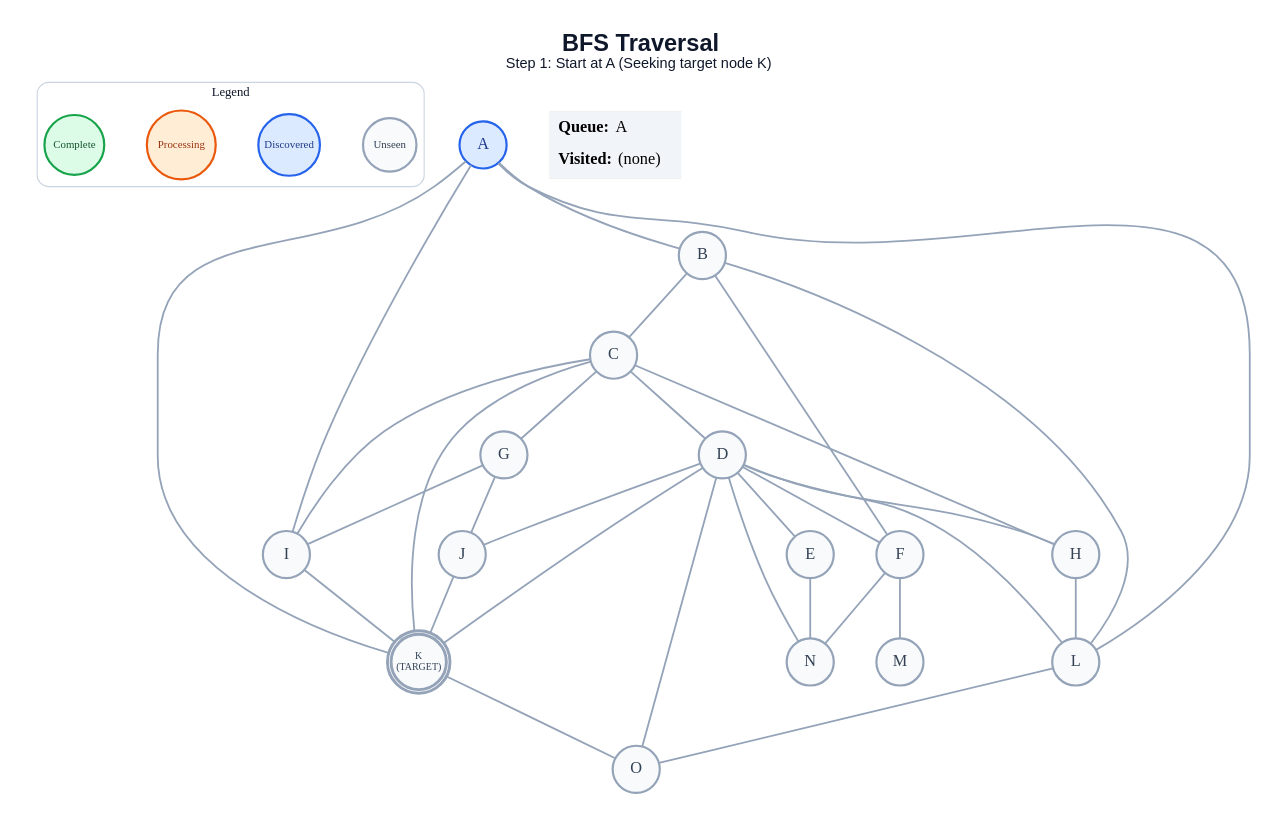
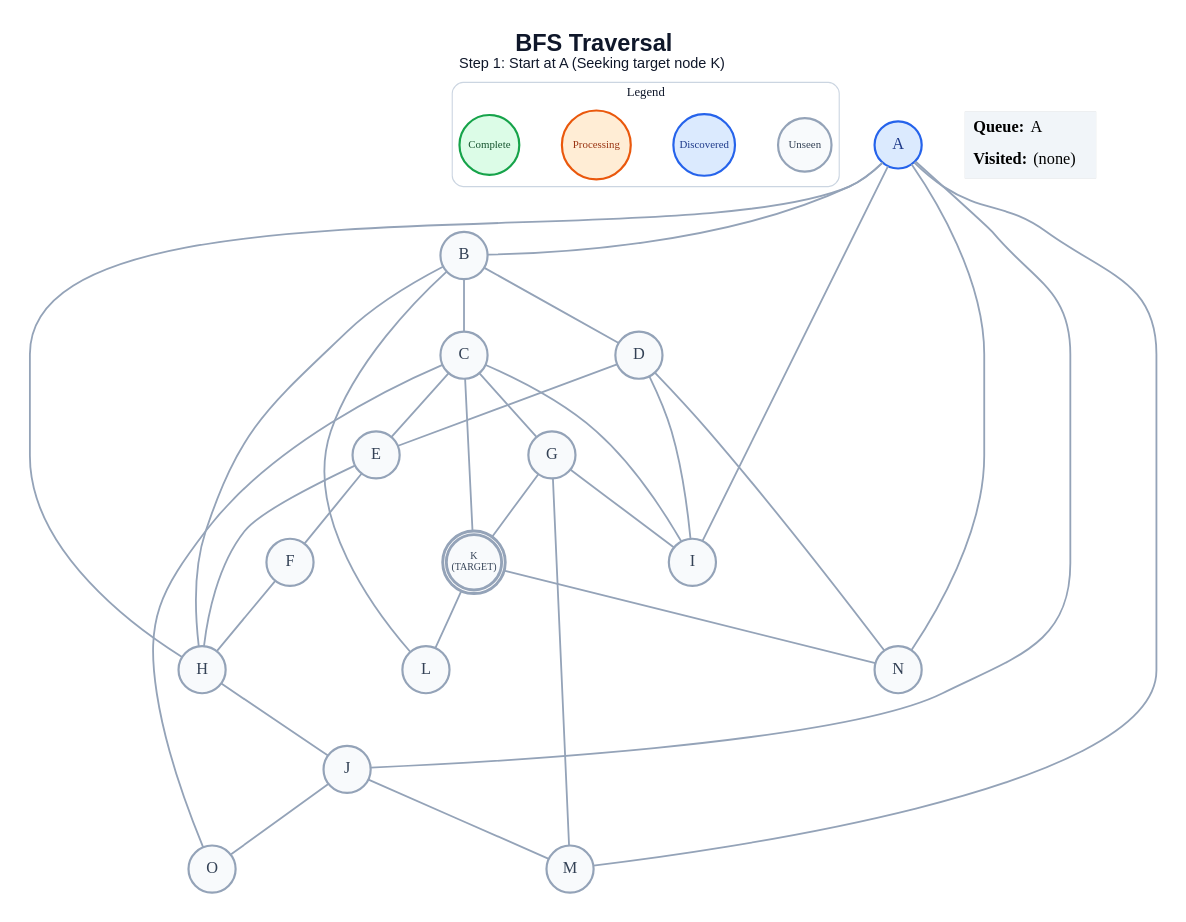
One commit to anon7238593-create/ai-slop changed the diagram in generated/specific-node/bfs/step_01.dot. Above: the diagram before and after it, drawn with Graphviz. The commit also changed 261 other files, not shown here.

```diff
--- a/generated/specific-node/bfs/step_01.dot
+++ b/generated/specific-node/bfs/step_01.dot
@@ -1,64 +1,63 @@
 graph traversal {
   graph [layout=dot, rankdir=TB, bgcolor="#FFFFFF", pad="0.35", nodesep="0.65", ranksep="0.8", fontname="Arial"];
   node [shape=circle, style="filled", fontname="Arial Bold", fontsize=18, width=0.72, fixedsize=true, penwidth=2.4];
   edge [color="#94A3B8", penwidth=2.0];
   label=<<B>BFS Traversal</B><BR/><FONT POINT-SIZE="16">Step 1: Start at A (Seeking target node K)</FONT>>; labelloc="t"; fontsize=26; fontname="Arial"; fontcolor="#0F172A";
   subgraph cluster_legend { label="Legend"; color="#CBD5E1"; penwidth=1.2; style="rounded"; fontsize=14; fontname="Arial Bold";
     key_unseen [label="Unseen", fillcolor="#F8FAFC", color="#94A3B8", fontcolor="#334155", fontsize=12, width=0.82];
     key_frontier [label="Discovered", fillcolor="#DBEAFE", color="#2563EB", fontcolor="#1E3A8A", fontsize=12, width=0.95];
     key_current [label="Processing", fillcolor="#FFEDD5", color="#EA580C", fontcolor="#9A3412", fontsize=12, width=1.05];
     key_done [label="Complete", fillcolor="#DCFCE7", color="#16A34A", fontcolor="#14532D", fontsize=12, width=0.92];
     { rank=same; key_unseen; key_frontier; key_current; key_done; }
   }
   A [label="A", fillcolor="#DBEAFE", color="#2563EB", fontcolor="#1E3A8A", peripheries=1, penwidth=2.4];
   B [label="B", fillcolor="#F8FAFC", color="#94A3B8", fontcolor="#334155", peripheries=1, penwidth=2.4];
   C [label="C", fillcolor="#F8FAFC", color="#94A3B8", fontcolor="#334155", peripheries=1, penwidth=2.4];
   D [label="D", fillcolor="#F8FAFC", color="#94A3B8", fontcolor="#334155", peripheries=1, penwidth=2.4];
   E [label="E", fillcolor="#F8FAFC", color="#94A3B8", fontcolor="#334155", peripheries=1, penwidth=2.4];
   F [label="F", fillcolor="#F8FAFC", color="#94A3B8", fontcolor="#334155", peripheries=1, penwidth=2.4];
   G [label="G", fillcolor="#F8FAFC", color="#94A3B8", fontcolor="#334155", peripheries=1, penwidth=2.4];
   H [label="H", fillcolor="#F8FAFC", color="#94A3B8", fontcolor="#334155", peripheries=1, penwidth=2.4];
   I [label="I", fillcolor="#F8FAFC", color="#94A3B8", fontcolor="#334155", peripheries=1, penwidth=2.4];
   J [label="J", fillcolor="#F8FAFC", color="#94A3B8", fontcolor="#334155", peripheries=1, penwidth=2.4];
   K [label="K\n(TARGET)", fillcolor="#F8FAFC", color="#94A3B8", fontcolor="#334155", peripheries=2, penwidth=3.2, fontsize=11, width=0.85, height=0.85];
   L [label="L", fillcolor="#F8FAFC", color="#94A3B8", fontcolor="#334155", peripheries=1, penwidth=2.4];
   M [label="M", fillcolor="#F8FAFC", color="#94A3B8", fontcolor="#334155", peripheries=1, penwidth=2.4];
   N [label="N", fillcolor="#F8FAFC", color="#94A3B8", fontcolor="#334155", peripheries=1, penwidth=2.4];
   O [label="O", fillcolor="#F8FAFC", color="#94A3B8", fontcolor="#334155", peripheries=1, penwidth=2.4];
   A -- B;
+  A -- H;
   A -- I;
-  A -- K;
-  A -- L;
+  A -- J;
+  A -- M;
+  A -- N;
   B -- C;
-  B -- F;
+  B -- D;
+  B -- H;
   B -- L;
-  C -- D;
+  C -- E;
   C -- G;
-  C -- H;
   C -- I;
   C -- K;
+  C -- O;
   D -- E;
-  D -- F;
-  D -- H;
-  D -- J;
-  D -- K;
-  D -- L;
+  D -- I;
   D -- N;
-  D -- O;
-  E -- N;
-  F -- M;
-  F -- N;
+  E -- F;
+  E -- H;
+  F -- H;
   G -- I;
-  G -- J;
-  H -- L;
-  I -- K;
-  J -- K;
-  K -- O;
-  L -- O;
+  G -- K;
+  G -- M;
+  H -- J;
+  J -- M;
+  J -- O;
+  K -- L;
+  K -- N;
   status [shape=plain, fixedsize=false, width=0, height=0, margin=0, label=<
     <TABLE BORDER="0" CELLBORDER="0" CELLPADDING="7" BGCOLOR="#F1F5F9">
       <TR><TD ALIGN="LEFT"><B>Queue:</B> A</TD></TR>
       <TR><TD ALIGN="LEFT"><B>Visited:</B> (none)</TD></TR>
     </TABLE>
   >];
 }
```
